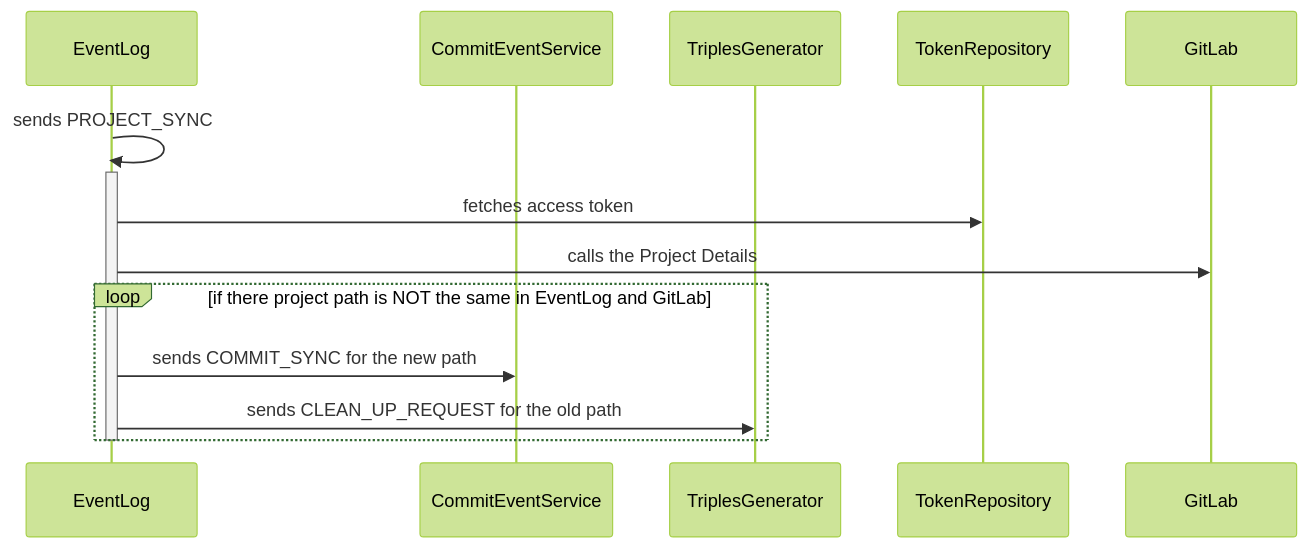
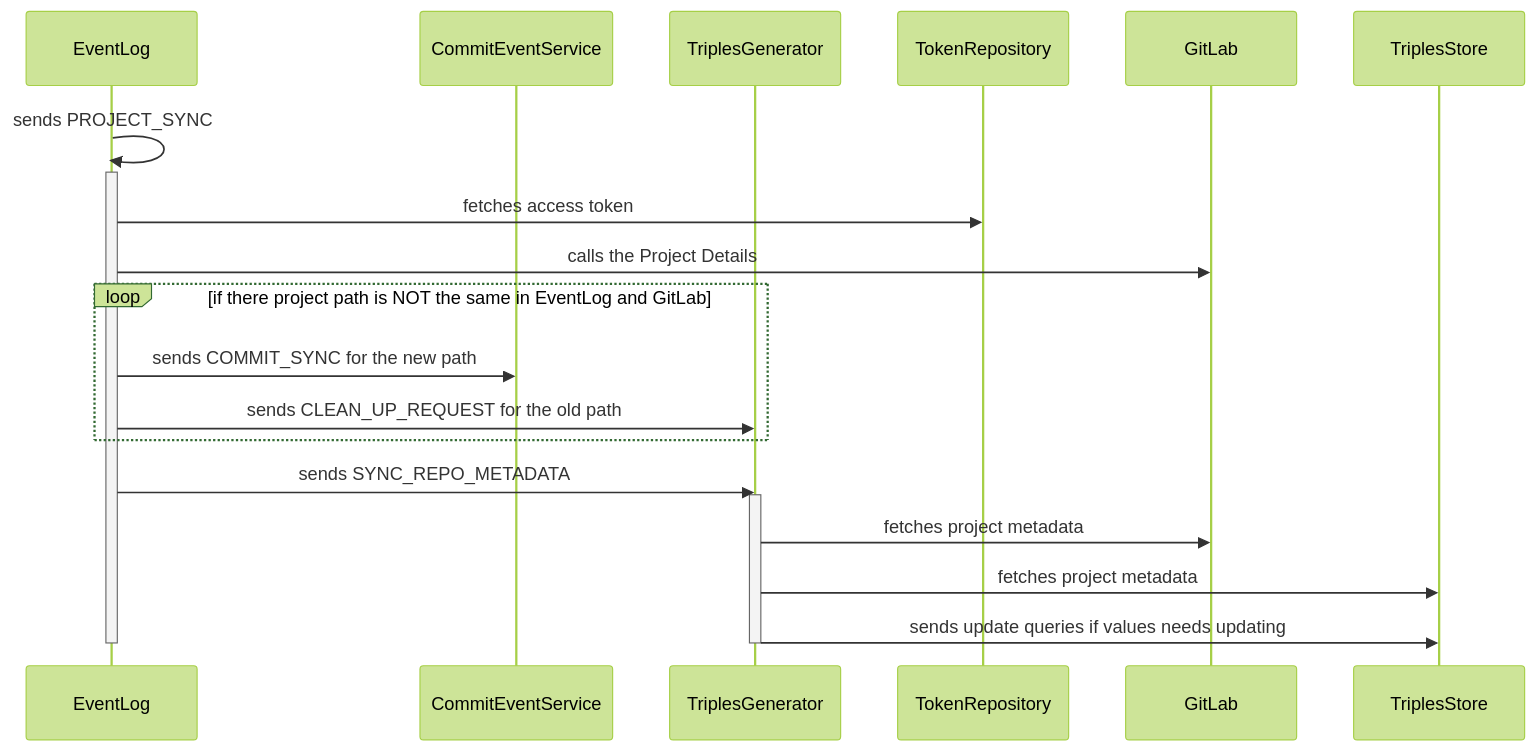
Before and after one commit to SwissDataScienceCenter/renku-graph: the ninth of 10 diagrams in README.md, drawn with Mermaid (forest theme).

Commit message:
chore: SYNC_REPO_METADATA process documented in PROJECT_SYNC diagram

````diff
--- a/README.md
+++ b/README.md
@@ -329,18 +329,25 @@
 ```mermaid
 sequenceDiagram
     participant EventLog
     participant CommitEventService
     participant TriplesGenerator
     participant TokenRepository
     participant GitLab
+    participant TriplesStore
 
     EventLog ->> EventLog: sends PROJECT_SYNC
     activate EventLog
-    EventLog ->> TokenRepository: fetches access token
-    EventLog ->> GitLab: calls the Project Details
-    loop if there project path is NOT the same in EventLog and GitLab
-    EventLog ->> CommitEventService: sends COMMIT_SYNC for the new path
-    EventLog ->> TriplesGenerator: sends CLEAN_UP_REQUEST for the old path
-    end
+      EventLog ->> TokenRepository: fetches access token
+      EventLog ->> GitLab: calls the Project Details
+      loop if there project path is NOT the same in EventLog and GitLab
+        EventLog ->> CommitEventService: sends COMMIT_SYNC for the new path
+        EventLog ->> TriplesGenerator: sends CLEAN_UP_REQUEST for the old path
+      end
+      EventLog ->> TriplesGenerator: sends SYNC_REPO_METADATA
+      activate TriplesGenerator
+        TriplesGenerator ->> GitLab: fetches project metadata
+        TriplesGenerator ->> TriplesStore: fetches project metadata
+        TriplesGenerator ->> TriplesStore: sends update queries if values needs updating
+      deactivate TriplesGenerator
     deactivate EventLog    
 ```
````
